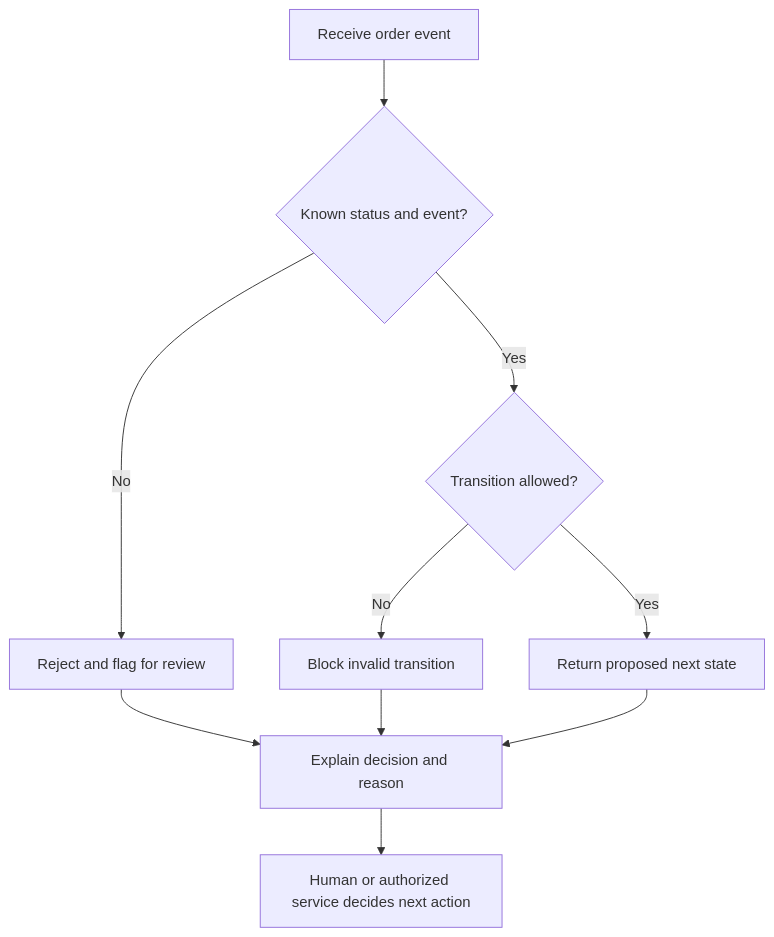
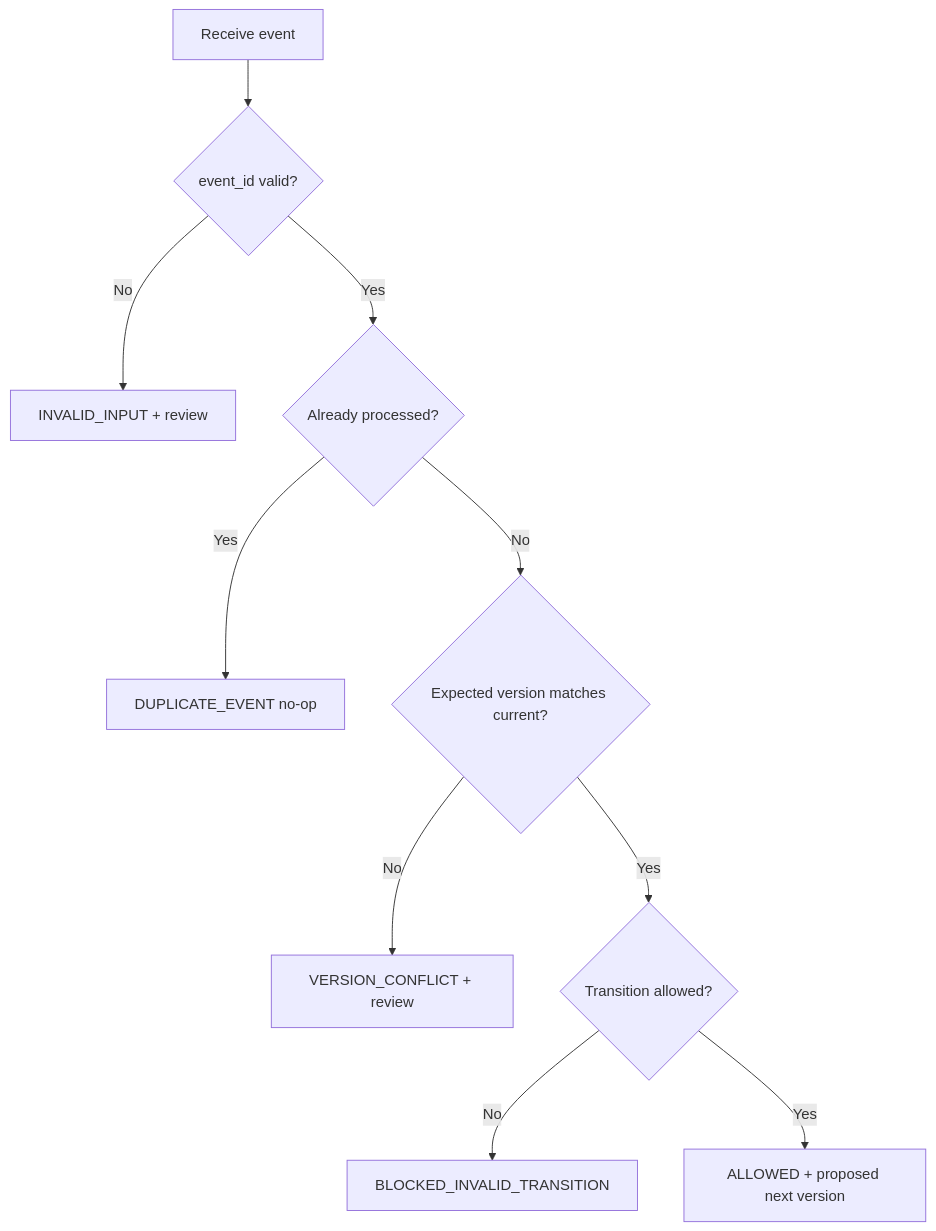
One commit to monicaslgc/agent-triage-kit changed the second of 2 diagrams in README.md. Above: the diagram before and after it, drawn with Mermaid. The commit also changed other lines of this file, not shown here.

Commit message:
Update portfolio overview for idempotency and version checks

````diff
--- a/README.md
+++ b/README.md
@@ -41,12 +41,12 @@
 ```mermaid
 flowchart TD
-    A[Receive order event] --> B{Known status and event?}
-    B -->|No| R[Reject and flag for review]
-    B -->|Yes| C{Transition allowed?}
-    C -->|No| X[Block invalid transition]
-    C -->|Yes| D[Return proposed next state]
-    R --> E[Explain decision and reason]
-    X --> E
-    D --> E
-    E --> F[Human or authorized service decides next action]
+    A[Receive event] --> B{event_id valid?}
+    B -->|No| I[INVALID_INPUT + review]
+    B -->|Yes| C{Already processed?}
+    C -->|Yes| D[DUPLICATE_EVENT no-op]
+    C -->|No| E{Expected version matches current?}
+    E -->|No| F[VERSION_CONFLICT + review]
+    E -->|Yes| G{Transition allowed?}
+    G -->|No| H[BLOCKED_INVALID_TRANSITION]
+    G -->|Yes| J[ALLOWED + proposed next version]
 ```
````
